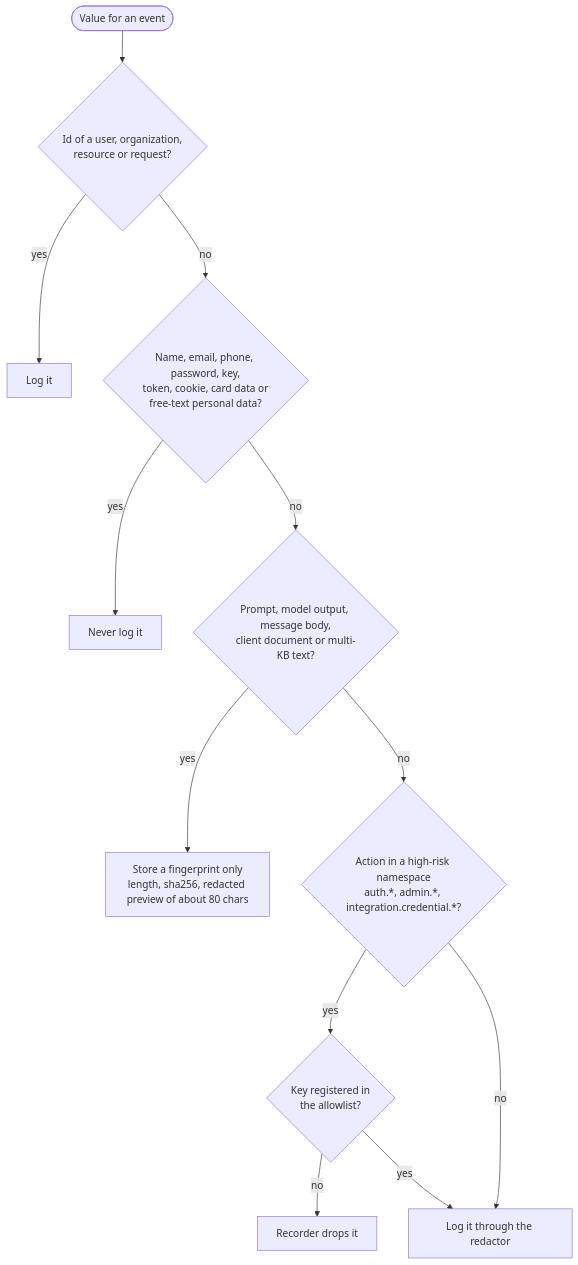
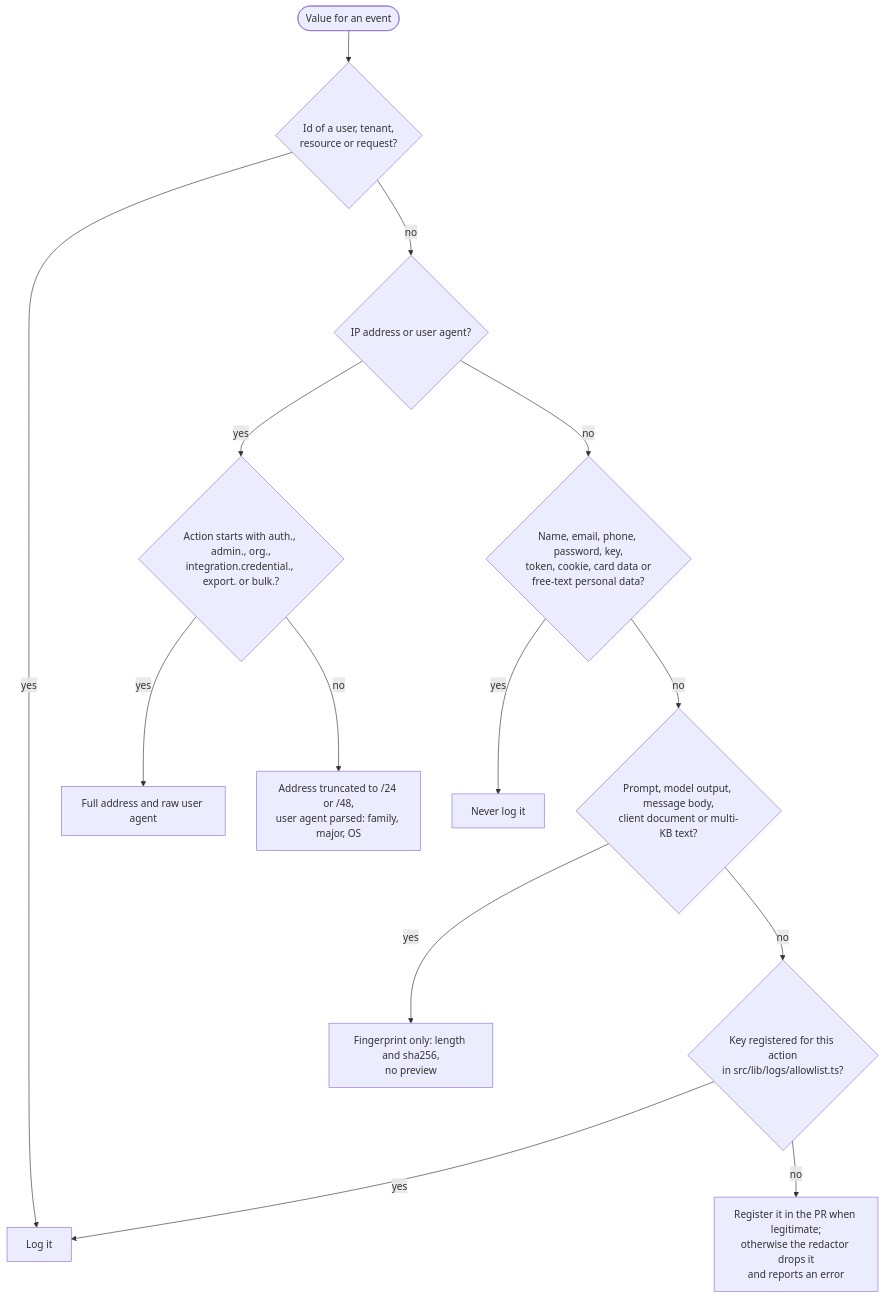
The second of 2 diagrams in src/templates/shared/steering/rules/itg/logging.md (Improve-To-Grow/MUSUBI), drawn with Mermaid before and after one commit. The commit also changed other lines of this file and 57 other files, not shown here.

````diff
--- a/src/templates/shared/steering/rules/itg/logging.md
+++ b/src/templates/shared/steering/rules/itg/logging.md
@@ -37,14 +43,16 @@
 ```mermaid
 flowchart TD
-    V([Value for an event]) --> ID{Id of a user, organization,<br/>resource or request?}
+    V([Value for an event]) --> ID{Id of a user, tenant,<br/>resource or request?}
     ID -- yes --> LOGIT[Log it]
-    ID -- no --> PII{Name, email, phone, password, key,<br/>token, cookie, card data or<br/>free-text personal data?}
+    ID -- no --> NET{IP address or user agent?}
+    NET -- yes --> SECP{Action starts with auth., admin., org.,<br/>integration.credential., export. or bulk.?}
+    SECP -- yes --> FULL[Full address and raw user agent]
+    SECP -- no --> RED24[Address truncated to /24 or /48,<br/>user agent parsed: family, major, OS]
+    NET -- no --> PII{Name, email, phone, password, key,<br/>token, cookie, card data or<br/>free-text personal data?}
     PII -- yes --> NO[Never log it]
     PII -- no --> TXT{Prompt, model output, message body,<br/>client document or multi-KB text?}
-    TXT -- yes --> FP[Store a fingerprint only<br/>length, sha256, redacted preview of about 80 chars]
-    TXT -- no --> AL{Action in a high-risk namespace<br/>auth.*, admin.*, integration.credential.*?}
-    AL -- yes --> REG{Key registered in<br/>the allowlist?}
-    REG -- no --> DROP[Recorder drops it]
-    REG -- yes --> RED[Log it through the redactor]
-    AL -- no --> RED
+    TXT -- yes --> FP[Fingerprint only: length and sha256,<br/>no preview]
+    TXT -- no --> REG{Key registered for this action<br/>in src/lib/logs/allowlist.ts?}
+    REG -- yes --> LOGIT
+    REG -- no --> REGQ[Register it in the PR when legitimate;<br/>otherwise the redactor drops it<br/>and reports an error]
 ```
````
